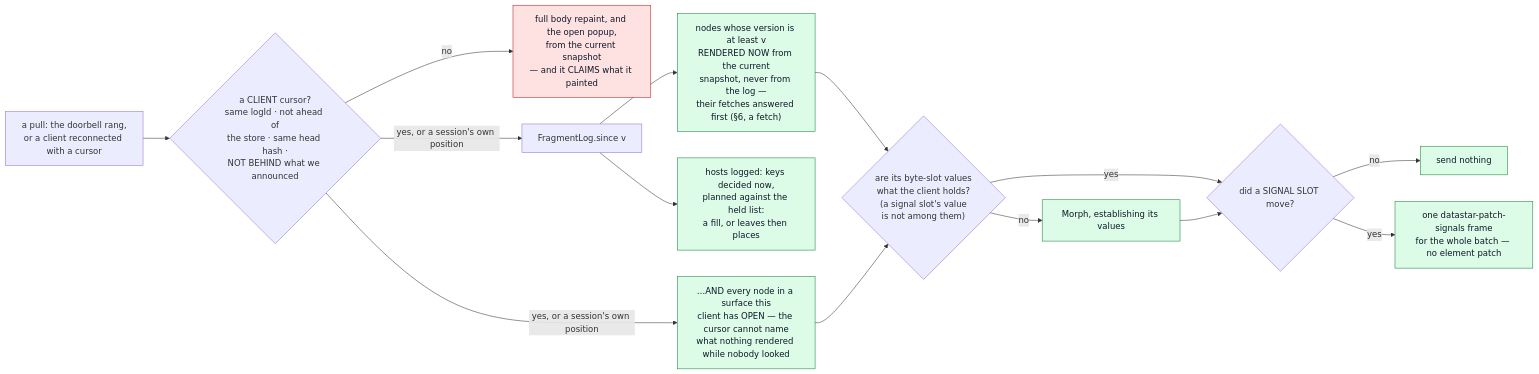
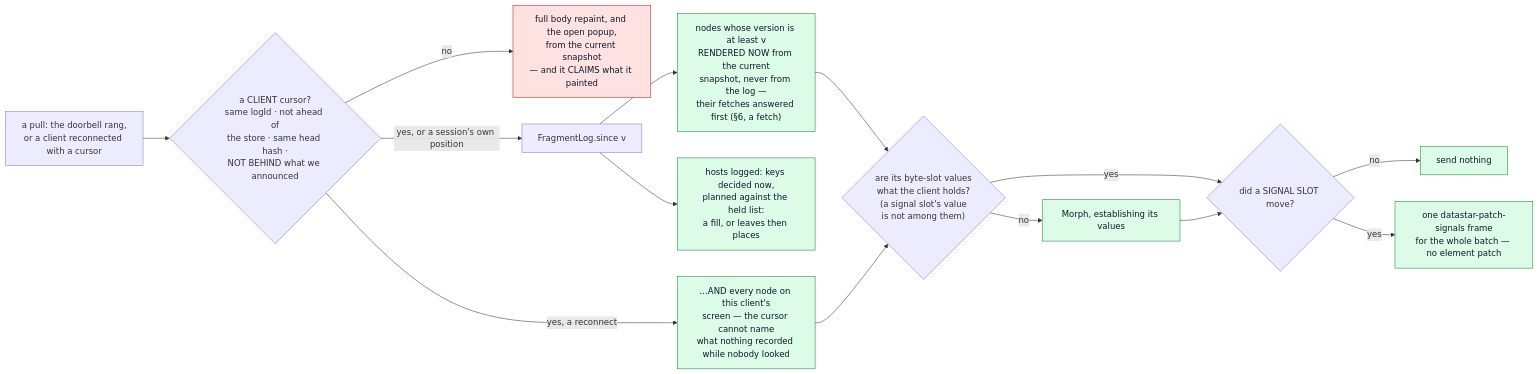
The sixth of 6 diagrams in docs/architecture-rendering-pipeline.md (perok/functional-home-assistant), drawn with Mermaid before and after one commit. The commit also changed other lines of this file and 7 other files, not shown here.

First line of the commit message:
D5: a live pull takes the log alone; only a reconnect sweeps the screen

````diff
--- a/docs/architecture-rendering-pipeline.md
+++ b/docs/architecture-rendering-pipeline.md
@@ -998,21 +1007,21 @@
 ```mermaid
 flowchart LR
   RC["a pull: the doorbell rang,<br/>or a client reconnected with a cursor"] --> Q{"a CLIENT cursor?<br/>same logId · not ahead of<br/>the store · same head hash ·<br/>NOT BEHIND what we announced"}
   Q -->|no| REPAINT["full body repaint, and the open popup,<br/>from the current snapshot<br/>— and it CLAIMS what it painted"]
   Q -->|yes, or a session's own position| SINCE["FragmentLog.since v"]
   SINCE --> N["nodes whose version is at least v<br/>RENDERED NOW from the current<br/>snapshot, never from the log —<br/>their fetches answered first (§6, a fetch)"]
   SINCE --> M["hosts logged: keys decided now,<br/>planned against the held list:<br/>a fill, or leaves then places"]
-  Q -->|yes, or a session's own position| OPENN["…AND every node in a surface this<br/>client has OPEN — the cursor cannot name<br/>what nothing rendered while nobody looked"]
+  Q -->|yes, a reconnect| OPENN["…AND every node on this client's<br/>screen — the cursor cannot name<br/>what nothing recorded while nobody looked"]
   N --> HOLD{"are its byte-slot values<br/>what the client holds?<br/>(a signal slot's value<br/>is not among them)"}
   OPENN --> HOLD
   HOLD -->|yes| SIG{"did a SIGNAL SLOT move?"}
   HOLD -->|no| SEND["Morph, establishing its values"]
   SEND --> SIG
   SIG -->|no| DROP["send nothing"]
   SIG -->|yes| FRAME["one datastar-patch-signals frame<br/>for the whole batch — no element patch"]
 
   classDef ok fill:#dcfce7,stroke:#15803d,color:#0f172a
   classDef bad fill:#fee2e2,stroke:#b91c1c,color:#0f172a
   class N,M,OPENN,SEND,DROP,FRAME ok
   class REPAINT bad
 ```
````
